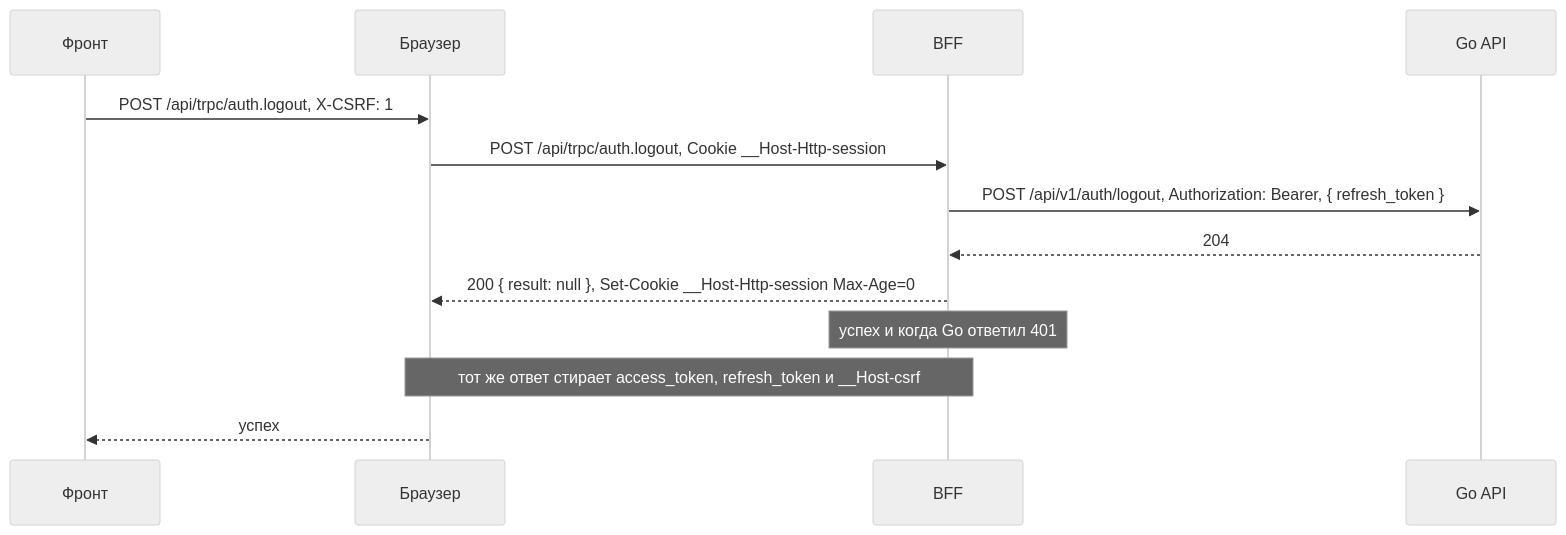
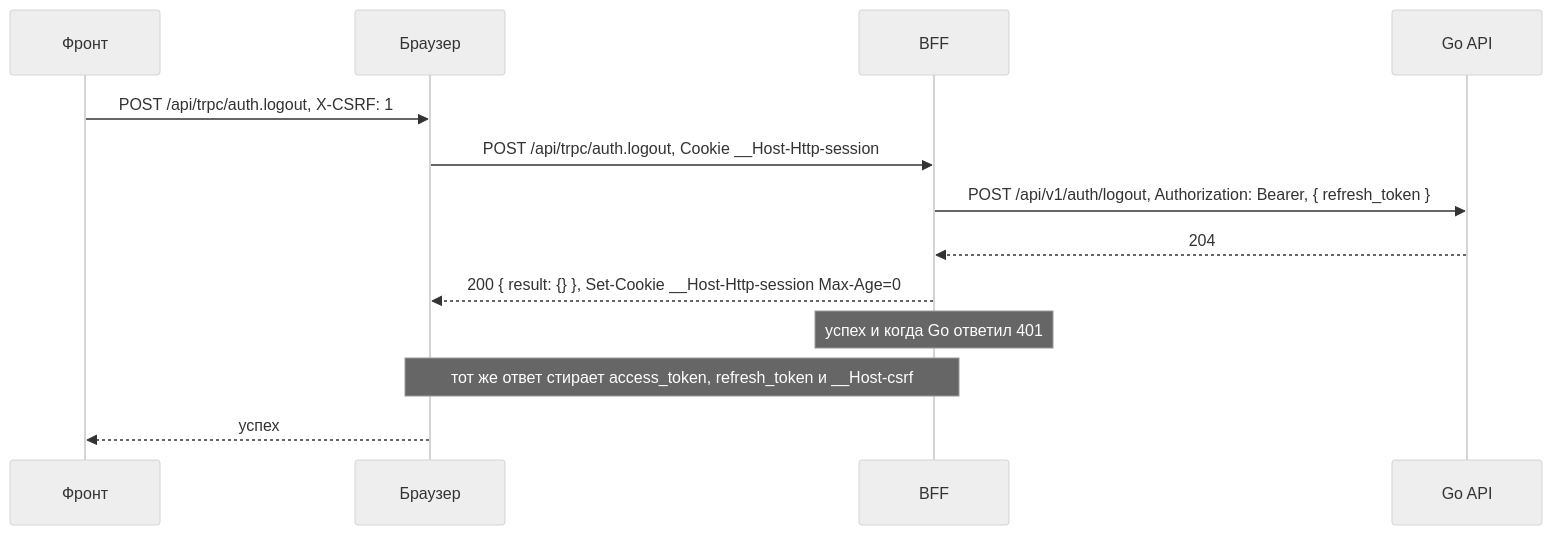
Before and after one commit to Cringe-Driven-Development-Team/docs: the fifth of 10 diagrams in site/modules/2026-10/tracks/bff/auth.md, drawn with Mermaid (neutral theme). The commit also changed other lines of this file and 3 other files, not shown here.

````diff
--- a/site/modules/2026-10/tracks/bff/auth.md
+++ b/site/modules/2026-10/tracks/bff/auth.md
@@ -234,15 +241,15 @@
 ```mermaid
 sequenceDiagram
   participant F as Фронт
   participant B as Браузер
   participant P as BFF
   participant A as Go API
   F->>B: POST /api/trpc/auth.logout, X-CSRF: 1
   B->>P: POST /api/trpc/auth.logout, Cookie __Host-Http-session
   P->>A: POST /api/v1/auth/logout, Authorization: Bearer, { refresh_token }
   A-->>P: 204
-  P-->>B: 200 { result: null }, Set-Cookie __Host-Http-session Max-Age=0
+  P-->>B: 200 { result: {} }, Set-Cookie __Host-Http-session Max-Age=0
   Note over P: успех и когда Go ответил 401
   Note over P,B: тот же ответ стирает access_token, refresh_token и __Host-csrf
   B-->>F: успех
 ```
````
